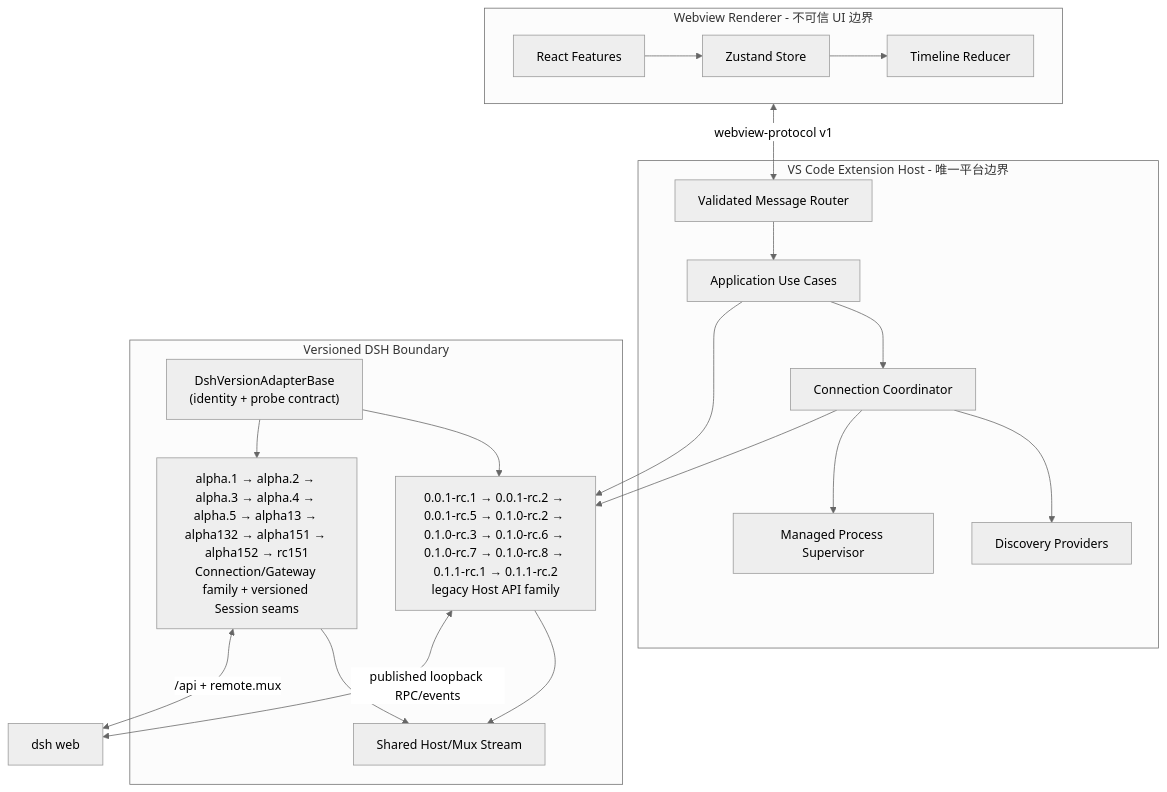
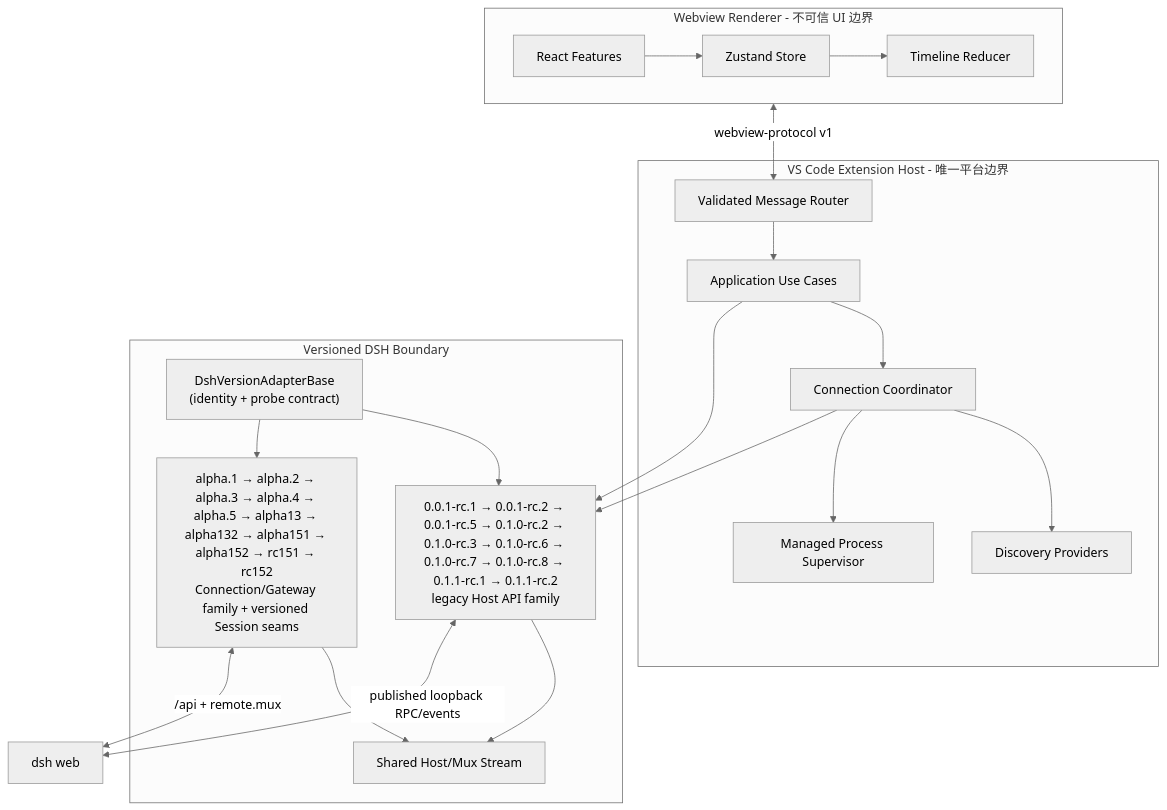
The first of 2 diagrams in docs/architecture.md (Jabofish/deepseek-harness-vscode), drawn with Mermaid (neutral theme) before and after one commit. The commit also changed other lines of this file and 40 other files, not shown here.

````diff
--- a/docs/architecture.md
+++ b/docs/architecture.md
@@ -5,38 +5,38 @@
 ```mermaid
 flowchart TB
   subgraph Renderer["Webview Renderer - 不可信 UI 边界"]
     REACT["React Features"]
     STORE["Zustand Store"]
     TL["Timeline Reducer"]
     REACT --> STORE --> TL
   end
 
   subgraph Host["VS Code Extension Host - 唯一平台边界"]
     ROUTER["Validated Message Router"]
     UC["Application Use Cases"]
     CC["Connection Coordinator"]
     DISC["Discovery Providers"]
     SUP["Managed Process Supervisor"]
     ROUTER --> UC
     UC --> CC
     CC --> DISC
     CC --> SUP
   end
 
   subgraph Adapter["Versioned DSH Boundary"]
     BASE["DshVersionAdapterBase\n(identity + probe contract)"]
     RC6["0.0.1-rc.1 → 0.0.1-rc.2 → 0.0.1-rc.5 → 0.1.0-rc.2 → 0.1.0-rc.3 → 0.1.0-rc.6 → 0.1.0-rc.7 → 0.1.0-rc.8 → 0.1.1-rc.1 → 0.1.1-rc.2\nlegacy Host API family"]
-    ALPHA["alpha.1 → alpha.2 → alpha.3 → alpha.4 → alpha.5 → alpha13 → alpha132 → alpha151 → alpha152 → rc151\nConnection/Gateway family + versioned Session seams"]
+    ALPHA["alpha.1 → alpha.2 → alpha.3 → alpha.4 → alpha.5 → alpha13 → alpha132 → alpha151 → alpha152 → rc151 → rc152\nConnection/Gateway family + versioned Session seams"]
     STREAM["Shared Host/Mux Stream"]
     BASE --> RC6
     BASE --> ALPHA
     RC6 --> STREAM
     ALPHA --> STREAM
   end
 
   Renderer <-->|"webview-protocol v1"| ROUTER
   UC --> RC6
   CC --> RC6
   RC6 <-->|"published loopback RPC/events"| DSH["dsh web"]
   ALPHA <-->|"/api + remote.mux"| DSH
 ```
````
